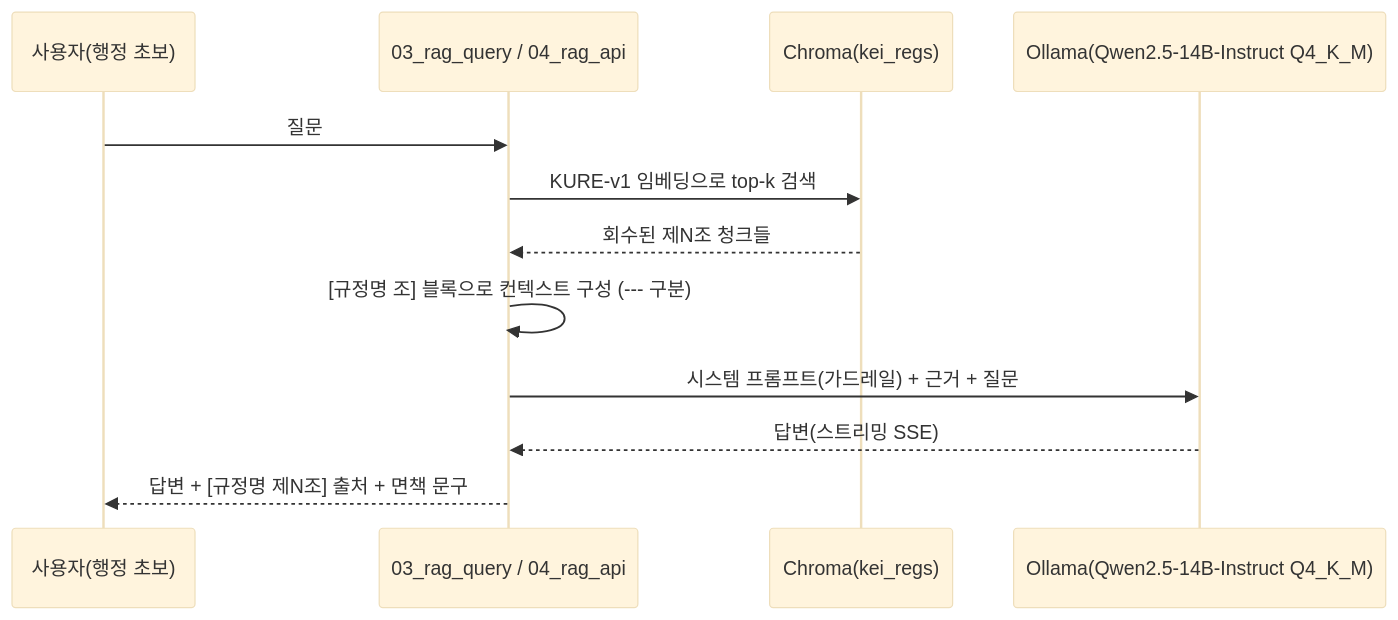
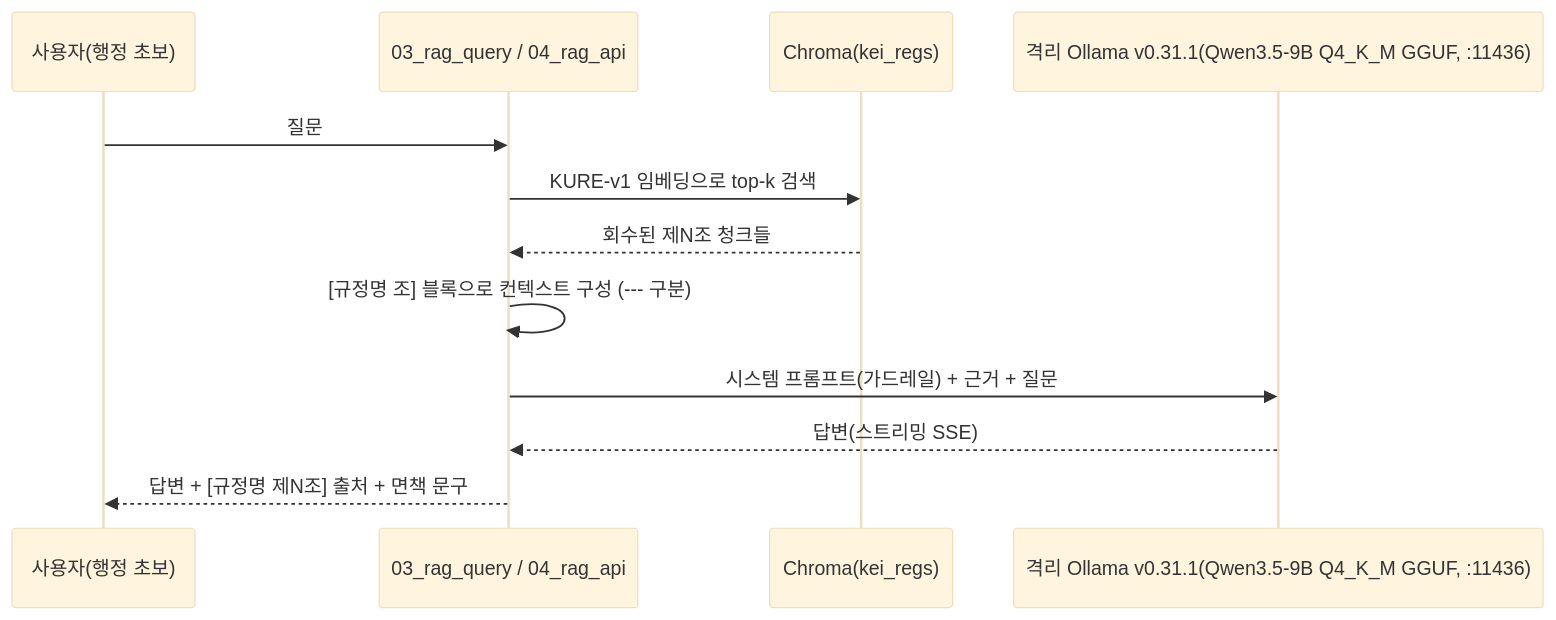
One commit to mooner92/KEIAdminSuperv changed the third of 4 diagrams in WORKPLAN.md. Above: the diagram before and after it, drawn with Mermaid (base theme). The commit also changed other lines of this file and 13 other files, not shown here.

````diff
--- a/WORKPLAN.md
+++ b/WORKPLAN.md
@@ -312,15 +318,15 @@
 ```mermaid
 sequenceDiagram
     participant U as 사용자(행정 초보)
     participant R as 03_rag_query / 04_rag_api
     participant C as Chroma(kei_regs)
-    participant L as Ollama(Qwen2.5-14B-Instruct Q4_K_M)
+    participant L as 격리 Ollama v0.31.1(Qwen3.5-9B Q4_K_M GGUF, :11436)
 
     U->>R: 질문
     R->>C: KURE-v1 임베딩으로 top-k 검색
     C-->>R: 회수된 제N조 청크들
     R->>R: [규정명 조] 블록으로 컨텍스트 구성 (--- 구분)
     R->>L: 시스템 프롬프트(가드레일) + 근거 + 질문
     L-->>R: 답변(스트리밍 SSE)
     R-->>U: 답변 + [규정명 제N조] 출처 + 면책 문구
 ```
````
